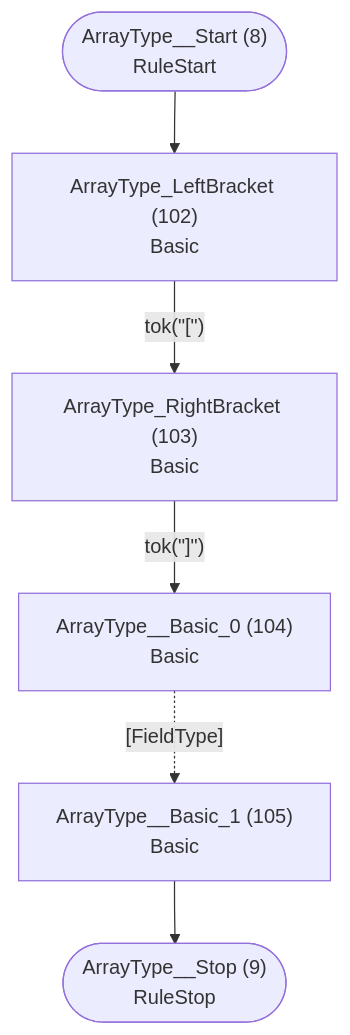
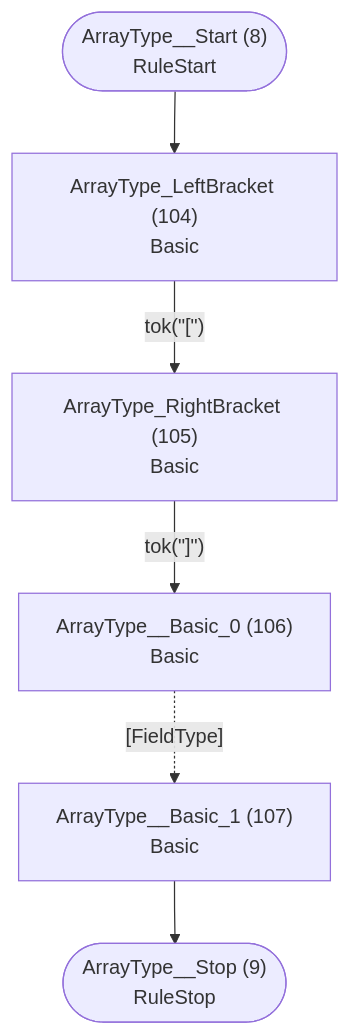
Before and after one commit to TypeFox/fastbelt: the fifth of 26 diagrams in internal/grammar/atn.md, drawn with Mermaid. The commit also changed other lines of this file and 25 other files, not shown here.

````diff
--- a/internal/grammar/atn.md
+++ b/internal/grammar/atn.md
@@ -156,15 +161,15 @@
 ```mermaid
 flowchart TD
     q8(["ArrayType__Start (8)<br/>RuleStart"])
     q9(["ArrayType__Stop (9)<br/>RuleStop"])
-    q102["ArrayType_LeftBracket (102)<br/>Basic<br/>"]
-    q103["ArrayType_RightBracket (103)<br/>Basic<br/>"]
-    q104["ArrayType__Basic_0 (104)<br/>Basic<br/>"]
-    q105["ArrayType__Basic_1 (105)<br/>Basic<br/>"]
+    q104["ArrayType_LeftBracket (104)<br/>Basic<br/>"]
+    q105["ArrayType_RightBracket (105)<br/>Basic<br/>"]
+    q106["ArrayType__Basic_0 (106)<br/>Basic<br/>"]
+    q107["ArrayType__Basic_1 (107)<br/>Basic<br/>"]
 
-    q8 --> q102
-    q102 -->|"tok(&quot;[&quot;)"| q103
-    q103 -->|"tok(&quot;]&quot;)"| q104
-    q104 -.->|"[FieldType]"| q105
-    q105 --> q9
+    q8 --> q104
+    q104 -->|"tok(&quot;[&quot;)"| q105
+    q105 -->|"tok(&quot;]&quot;)"| q106
+    q106 -.->|"[FieldType]"| q107
+    q107 --> q9
 ```
````
